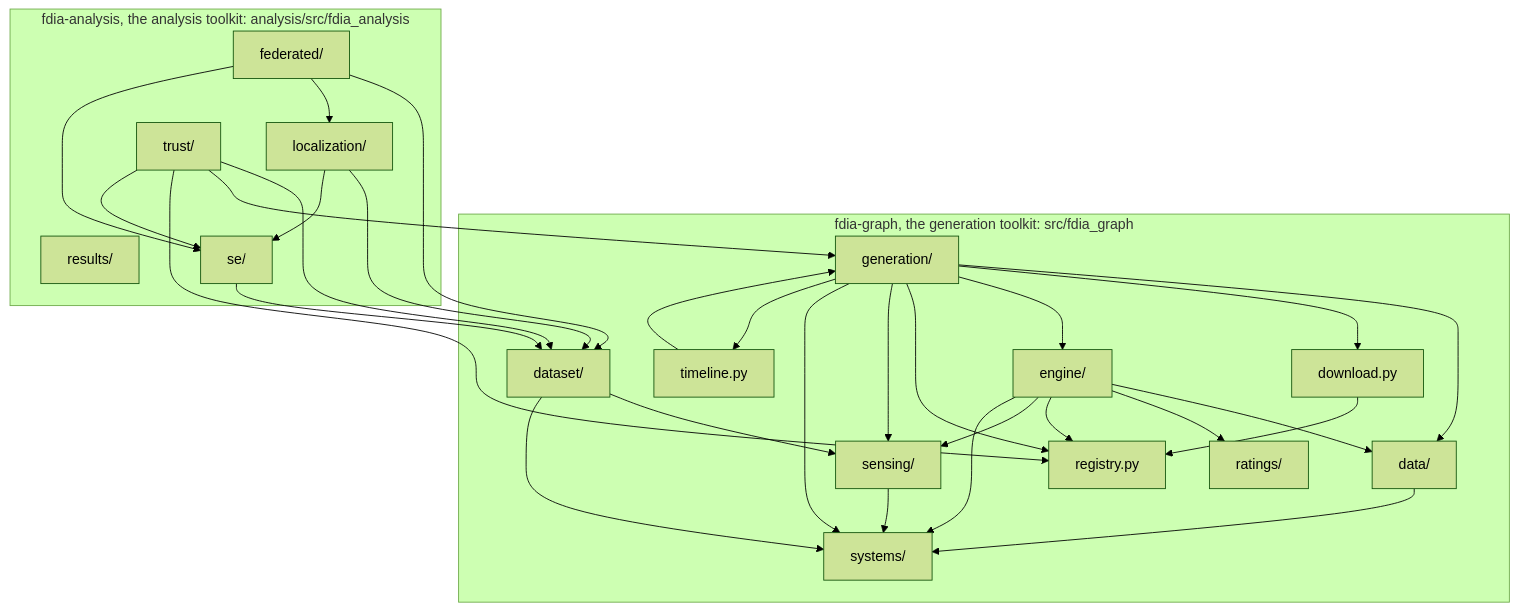
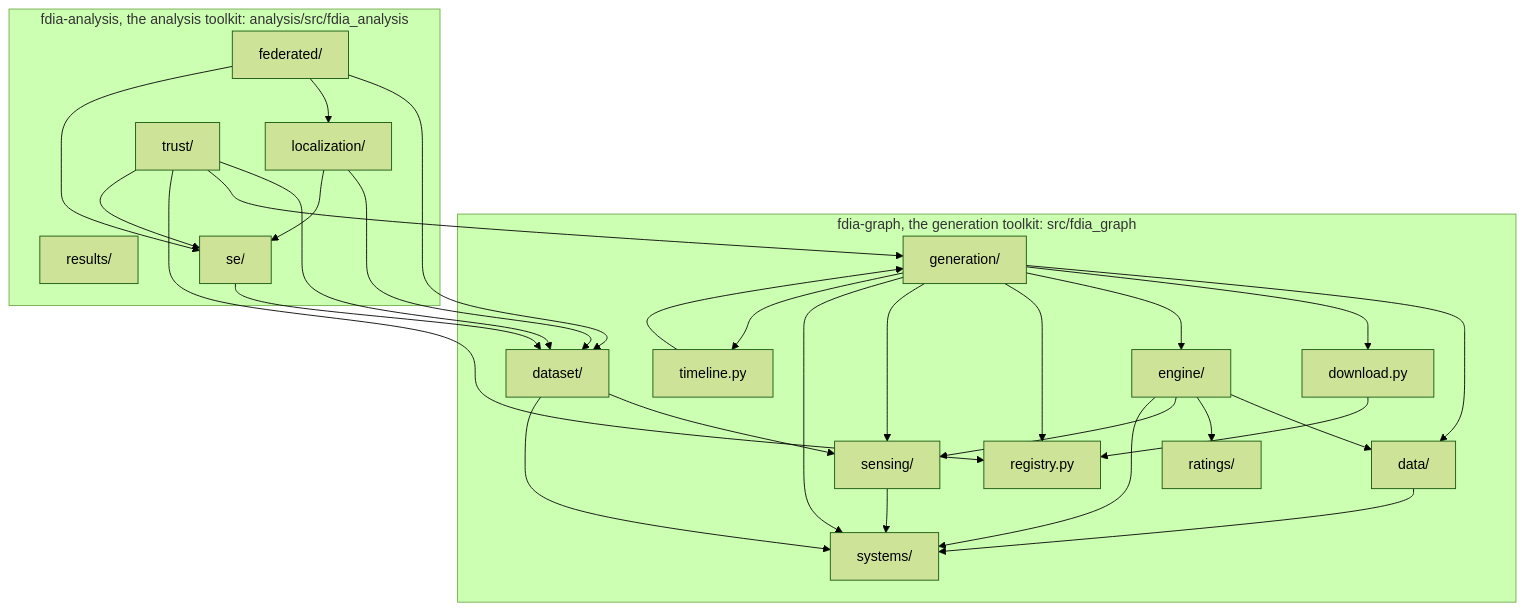
One commit to myersben9/fdia-graph changed the diagram in docs/figures/diagrams/modules.mmd. Above: the diagram before and after it, drawn with Mermaid (forest theme). The commit also changed 42 other files, not shown here.

```diff
--- a/docs/figures/diagrams/modules.mmd
+++ b/docs/figures/diagrams/modules.mmd
@@ -1,48 +1,47 @@
 flowchart TB
     subgraph fdia_graph["fdia-graph, the generation toolkit: src/fdia_graph"]
         data["data/"]
         dataset["dataset/"]
         download["download.py"]
         engine["engine/"]
         generation["generation/"]
         ratings["ratings/"]
         registry["registry.py"]
         sensing["sensing/"]
         systems["systems/"]
         timeline["timeline.py"]
     end
     subgraph fdia_analysis["fdia-analysis, the analysis toolkit: analysis/src/fdia_analysis"]
         federated["federated/"]
         localization["localization/"]
         results["results/"]
         se["se/"]
         trust["trust/"]
     end
     data --> systems
     dataset --> sensing
     dataset --> systems
     download --> registry
     engine --> data
     engine --> ratings
-    engine --> registry
     engine --> sensing
     engine --> systems
     federated --> dataset
     federated --> localization
     federated --> se
     generation --> data
     generation --> download
     generation --> engine
     generation --> registry
     generation --> sensing
     generation --> systems
     generation --> timeline
     localization --> dataset
     localization --> se
     se --> dataset
     sensing --> systems
     timeline --> generation
     trust --> dataset
     trust --> generation
     trust --> registry
     trust --> se
```
